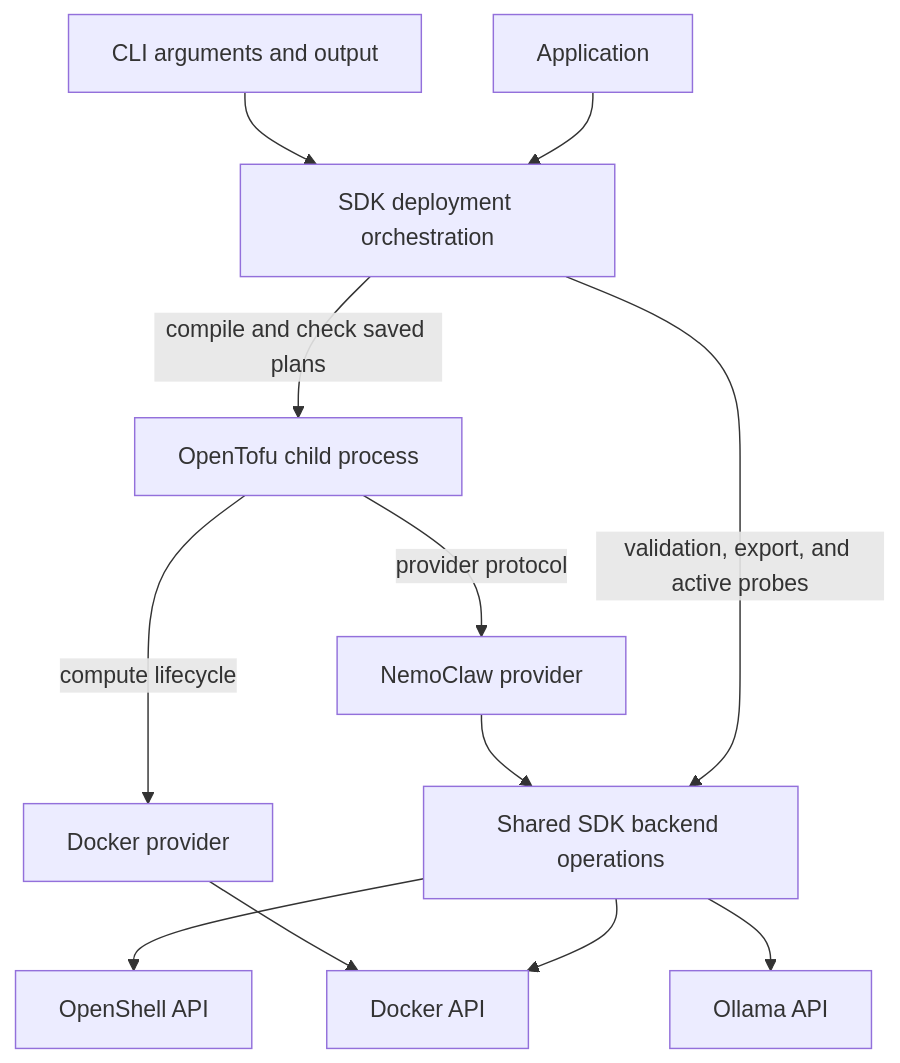
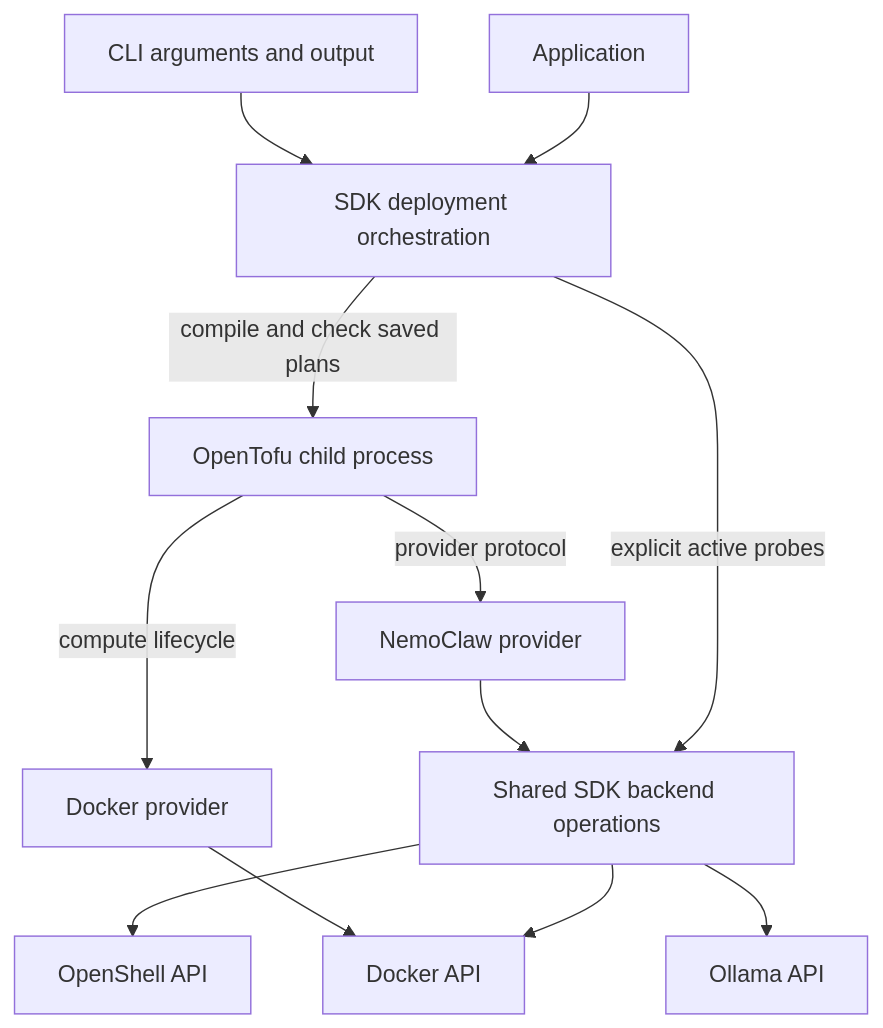
The first of 2 diagrams in docs/design/architecture.md (NVIDIA/NemoClaw), drawn with Mermaid before and after one commit. The commit also changed other lines of this file and 3 other files, not shown here.

````diff
--- a/docs/design/architecture.md
+++ b/docs/design/architecture.md
@@ -40,14 +40,14 @@
 ```mermaid
 flowchart TD
     CLI[CLI arguments and output] --> SDK[SDK deployment orchestration]
     App[Application] --> SDK
     SDK -->|compile and check saved plans| Tofu[OpenTofu child process]
     Tofu -->|provider protocol| Provider[NemoClaw provider]
     Tofu -->|compute lifecycle| DockerProvider[Docker provider]
     DockerProvider --> Docker[Docker API]
     Provider --> Backend[Shared SDK backend operations]
-    SDK -->|validation, export, and active probes| Backend
+    SDK -->|explicit active probes| Backend
     Backend --> OpenShell[OpenShell API]
     Backend --> Docker[Docker API]
     Backend --> Ollama[Ollama API]
 ```
````
